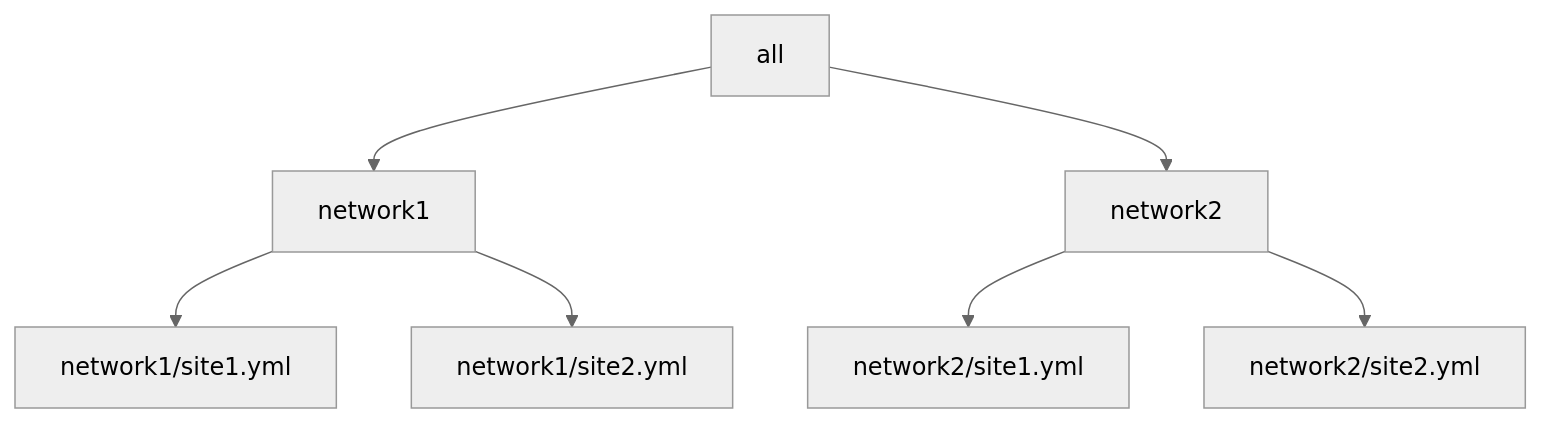
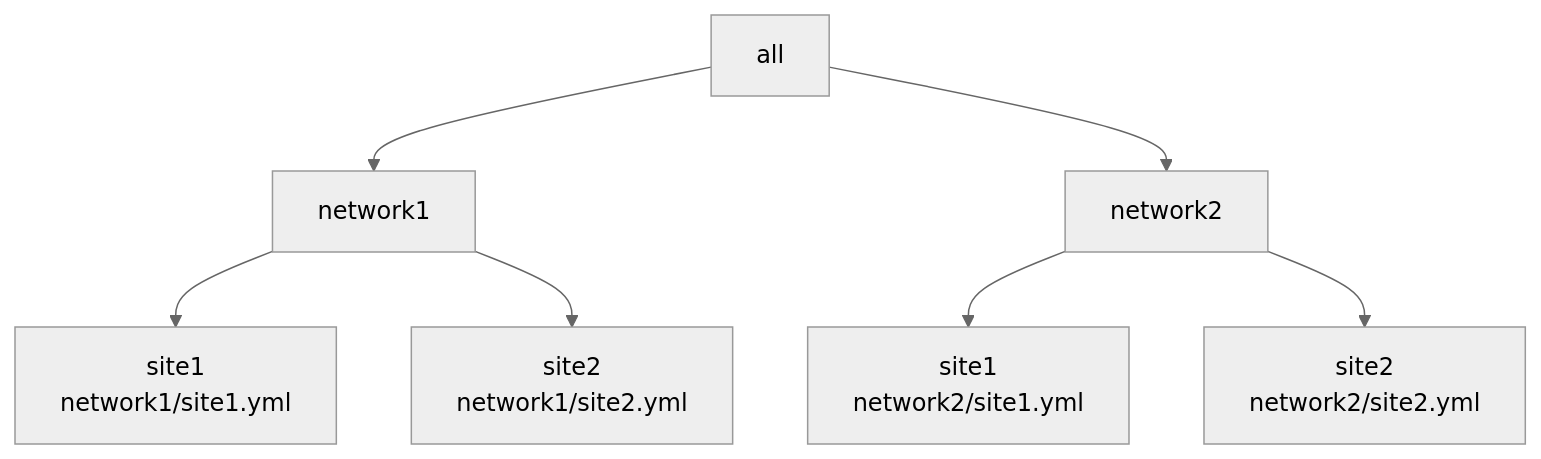
The first of 2 diagrams in tests/ansible-multiple-yaml-inventories/example1/README.md (lj020326/Ansible-inventory-file-examples), drawn with Mermaid (neutral theme) before and after one commit.

Commit message:
develop-lj - 	modified:   tests/ansible-multiple-yaml-inventories/example1/README.md

````diff
--- a/tests/ansible-multiple-yaml-inventories/example1/README.md
+++ b/tests/ansible-multiple-yaml-inventories/example1/README.md
@@ -18,9 +18,9 @@
 ```mermaid
 graph TD;
     A[all] --> B[network1]
     A[all] --> C[network2]
-    B --> D["network1/site1.yml"]
-    B --> E["network1/site2.yml"]
-    C --> F["network2/site1.yml"]
-    C --> G["network2/site2.yml"]
+    B --> D["site1<br>network1/site1.yml"]
+    B --> E["site2<br>network1/site2.yml"]
+    C --> F["site1<br>network2/site1.yml"]
+    C --> G["site2<br>network2/site2.yml"]
 ```
````
